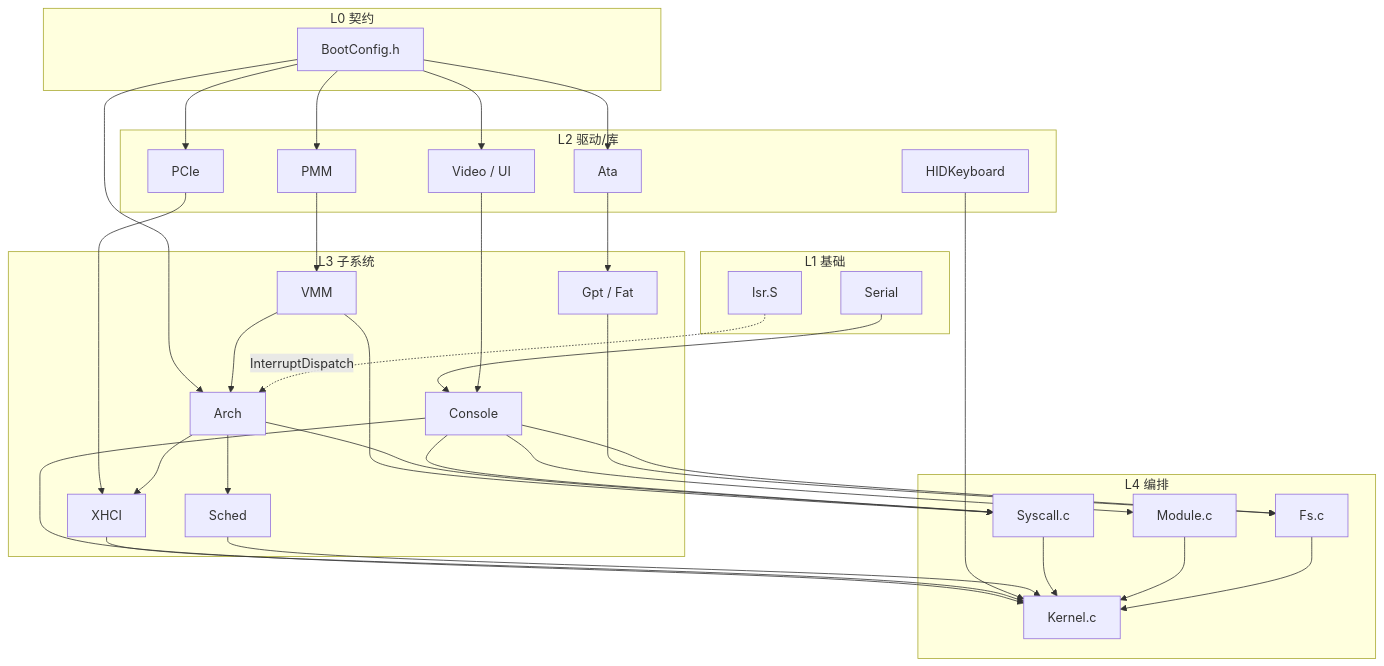
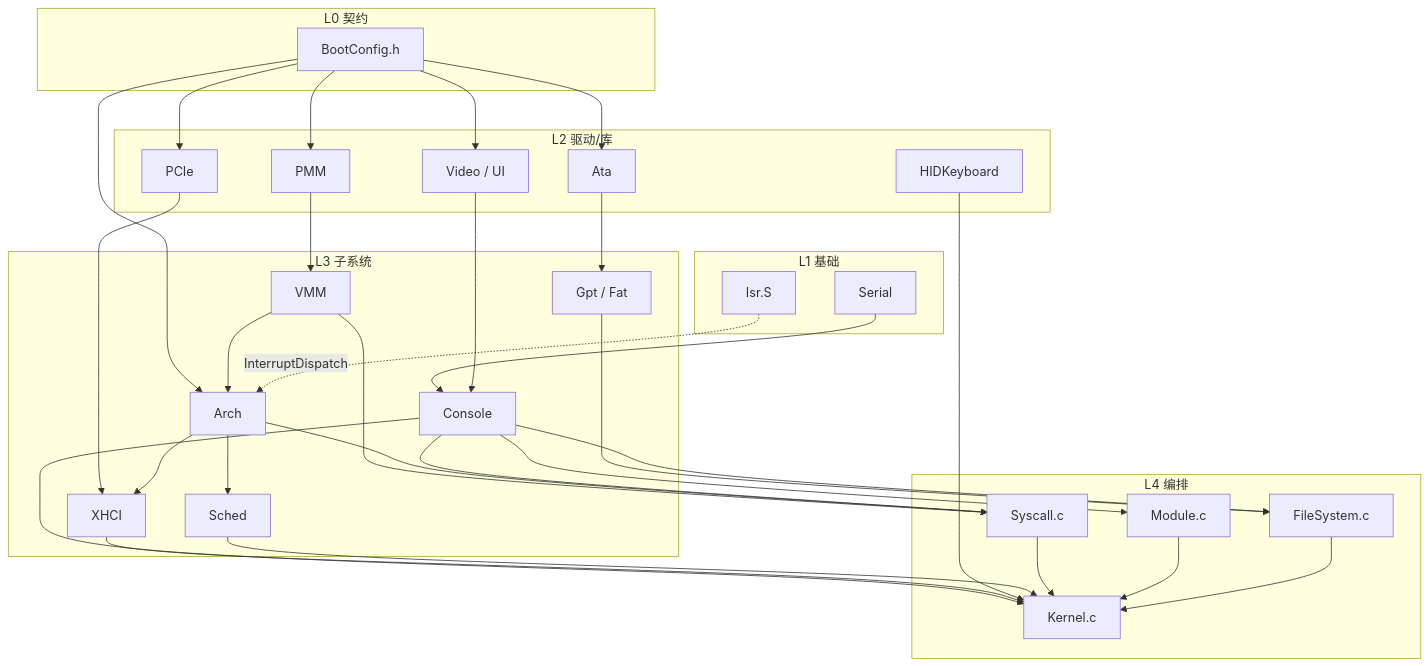
The diagram in 结构说明.md (tanlaoshi/ToyKernel), drawn with Mermaid before and after one commit. The commit also changed other lines of this file and 116 other files, not shown here.

````diff
--- a/结构说明.md
+++ b/结构说明.md
@@ -454,53 +464,53 @@
 ```mermaid
 flowchart TB
     subgraph L0["L0 契约"]
         BC[BootConfig.h]
     end
 
     subgraph L1["L1 基础"]
         SER[Serial]
         ISR[Isr.S]
     end
 
     subgraph L2["L2 驱动/库"]
         PMM[PMM]
         VID[Video / UI]
         PCIE[PCIe]
         ATA[Ata]
         HID[HIDKeyboard]
     end
 
     subgraph L3["L3 子系统"]
         VMM[VMM]
         ARCH[Arch]
         CON[Console]
         XHCI[XHCI]
         SCH[Sched]
         GPT[Gpt / Fat]
     end
 
     subgraph L4["L4 编排"]
         KERN[Kernel.c]
-        FS[Fs.c]
+        FS[FileSystem.c]
         MOD[Module.c]
         SYS[Syscall.c]
     end
 
     BC --> PMM & VID & ARCH & PCIE & ATA
     SER --> CON
     VID --> CON
     PMM --> VMM
     VMM --> ARCH & SYS
     PCIE --> XHCI
     ARCH --> XHCI & SCH & SYS
     ATA --> GPT
     GPT --> FS
     CON --> FS & MOD & KERN & SYS
     XHCI --> KERN
     HID --> KERN
     SCH --> KERN
     SYS --> KERN
     MOD --> KERN
     FS --> KERN
     ISR -.->|InterruptDispatch| ARCH
 ```
````
